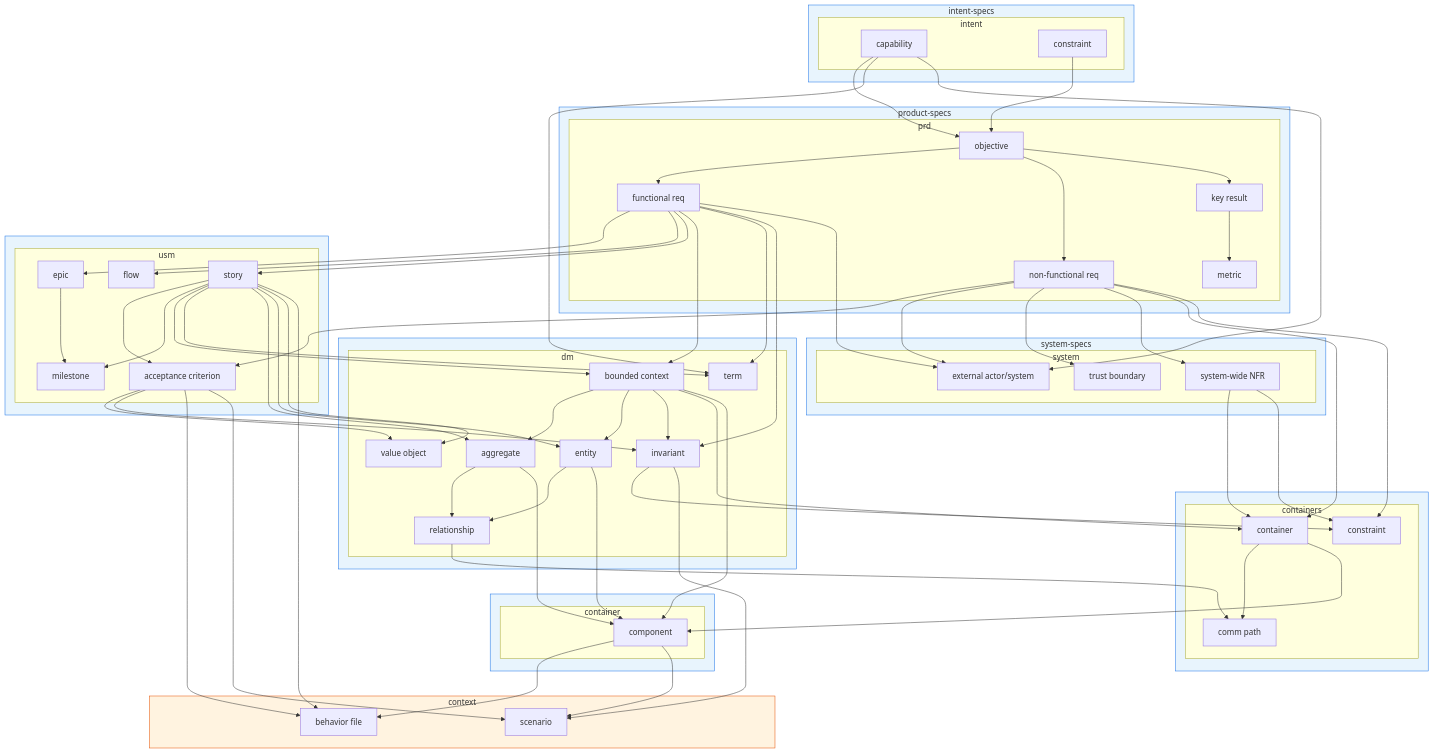
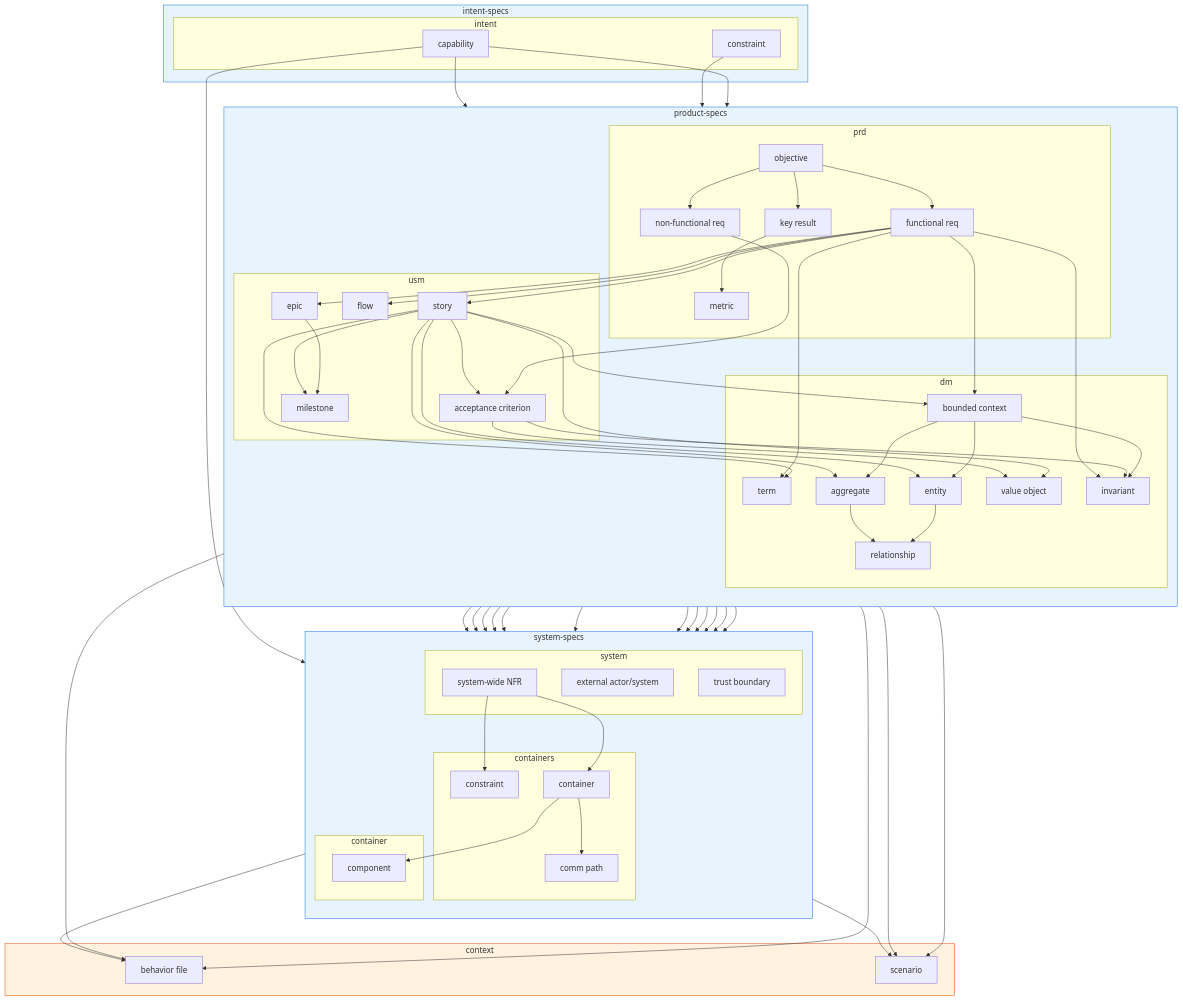
One commit to dahans-msft2/vibeloom-copilot-cli changed the second of 5 diagrams in v02/vibeloom-methodology.md. Above: the diagram before and after it, drawn with Mermaid.

Commit message:
Fix methodology DAG diagram layout

````diff
--- a/v02/vibeloom-methodology.md
+++ b/v02/vibeloom-methodology.md
@@ -395,6 +395,7 @@
     end
 
     subgraph T2["product-specs"]
+        direction TB
         subgraph PRD["prd"]
             obj["objective"]
             kr["key result"]
@@ -402,9 +403,6 @@
             fr["functional req"]
             nfr["non-functional req"]
         end
-    end
-
-    subgraph T2b[" "]
         subgraph USM["usm"]
             epic["epic"]
             flow["flow"]
@@ -412,9 +410,6 @@
             acc["acceptance criterion"]
             ms["milestone"]
         end
-    end
-
-    subgraph T2c[" "]
         subgraph DM["dm"]
             term["term"]
             bc["bounded context"]
@@ -427,22 +422,17 @@
     end
 
     subgraph T3["system-specs"]
+        direction TB
         subgraph SYS["system"]
             ext["external actor/system"]
             tb["trust boundary"]
             snfr["system-wide NFR"]
         end
-    end
-
-    subgraph T3b[" "]
         subgraph CONTS["containers"]
             cont["container"]
             edge_g["comm path"]
             cst_c["constraint"]
         end
-    end
-
-    subgraph T3c[" "]
         subgraph CONTR["container"]
             cmp["component"]
         end
@@ -452,6 +442,14 @@
         bdd["behavior file"]
         scn["scenario"]
     end
+
+    %% force vertical: prd above usm above dm
+    nfr ~~~ epic
+    acc ~~~ term
+
+    %% force vertical: system above containers above container
+    snfr ~~~ cont
+    cst_c ~~~ cmp
 
     cap --> obj
     cst_i --> obj
@@ -513,10 +511,6 @@
 
     style T1 fill:#e8f4fd,stroke:#1a73e8
     style T2 fill:#e8f4fd,stroke:#1a73e8
-    style T2b fill:#e8f4fd,stroke:#1a73e8
-    style T2c fill:#e8f4fd,stroke:#1a73e8
     style T3 fill:#e8f4fd,stroke:#1a73e8
-    style T3b fill:#e8f4fd,stroke:#1a73e8
-    style T3c fill:#e8f4fd,stroke:#1a73e8
     style T4 fill:#fff3e0,stroke:#e65100
 ```
````
